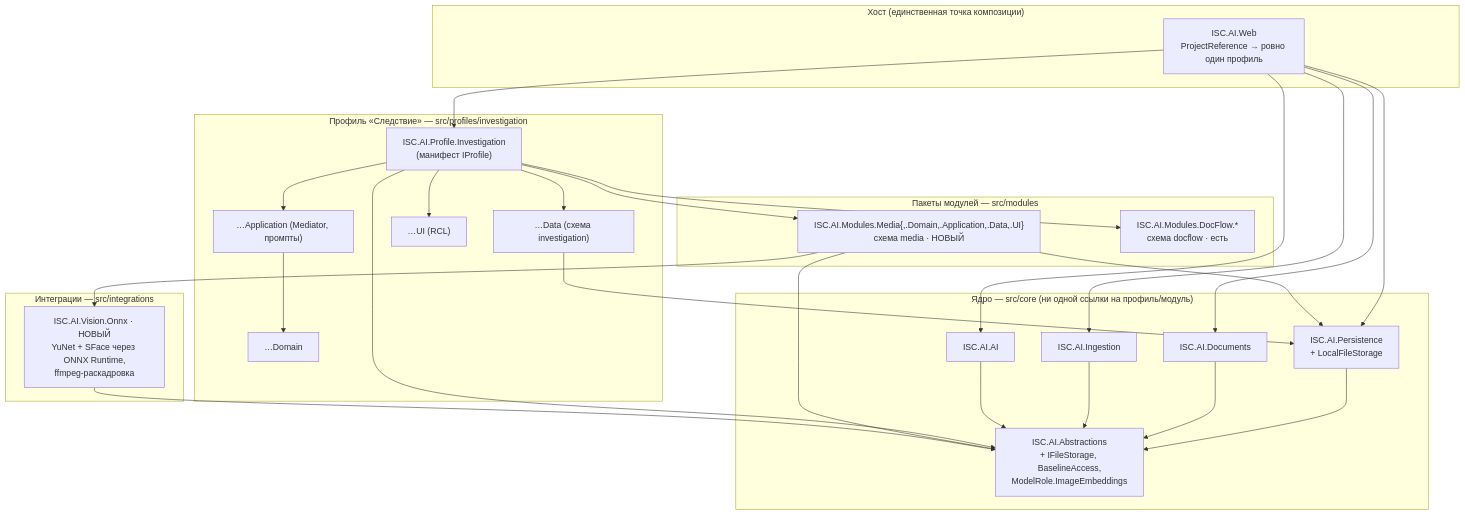
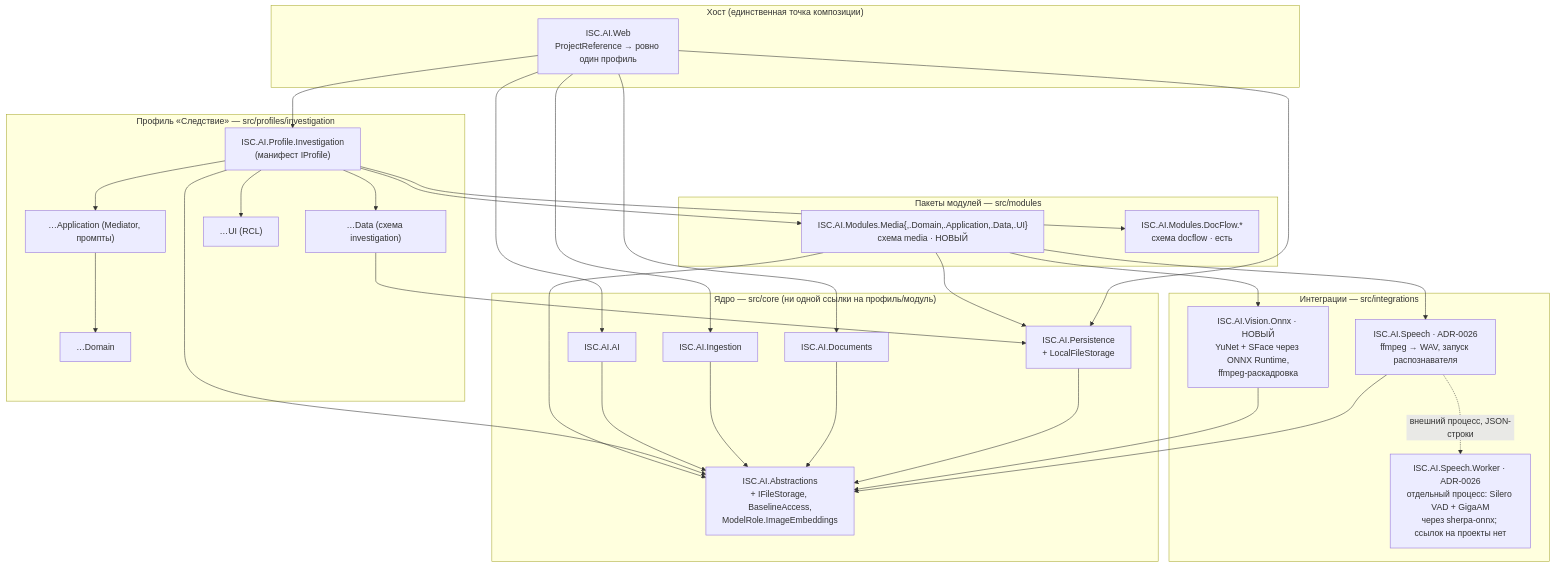
The first of 3 diagrams in docs/следствие/Архитектура_Следствие.md (damirovich/isa.ai), drawn with Mermaid before and after one commit. The commit also changed other lines of this file and 170 other files, not shown here.

````diff
--- a/docs/следствие/Архитектура_Следствие.md
+++ b/docs/следствие/Архитектура_Следствие.md
@@ -44,39 +44,44 @@
 ```mermaid
 flowchart TB
     subgraph host["Хост (единственная точка композиции)"]
         WEB["ISC.AI.Web<br/>ProjectReference → ровно один профиль"]
     end
     subgraph profile["Профиль «Следствие» — src/profiles/investigation"]
         PI["ISC.AI.Profile.Investigation<br/>(манифест IProfile)"]
         PIA["…Application (Mediator, промпты)"]
         PID["…Domain"]
         PIDATA["…Data (схема investigation)"]
         PIUI["…UI (RCL)"]
     end
     subgraph modules["Пакеты модулей — src/modules"]
         MED["ISC.AI.Modules.Media{,.Domain,.Application,.Data,.UI}<br/>схема media · НОВЫЙ"]
         DOC["ISC.AI.Modules.DocFlow.*<br/>схема docflow · есть"]
     end
     subgraph integ["Интеграции — src/integrations"]
         VIS["ISC.AI.Vision.Onnx · НОВЫЙ<br/>YuNet + SFace через ONNX Runtime,<br/>ffmpeg-раскадровка"]
+        SPE["ISC.AI.Speech · ADR-0026<br/>ffmpeg → WAV, запуск распознавателя"]
+        WRK["ISC.AI.Speech.Worker · ADR-0026<br/>отдельный процесс: Silero VAD + GigaAM<br/>через sherpa-onnx; ссылок на проекты нет"]
     end
     subgraph core["Ядро — src/core (ни одной ссылки на профиль/модуль)"]
         ABS["ISC.AI.Abstractions<br/>+ IFileStorage, BaselineAccess,<br/>ModelRole.ImageEmbeddings"]
         AI["ISC.AI.AI"]
         ING["ISC.AI.Ingestion"]
         DOCS["ISC.AI.Documents"]
         PERS["ISC.AI.Persistence<br/>+ LocalFileStorage"]
     end
     WEB --> PI
     PI --> PIA & PIDATA & PIUI
     PIA --> PID
     PI --> MED & DOC
     PIDATA --> PERS
     MED --> VIS
+    MED --> SPE
+    SPE -.->|"внешний процесс, JSON-строки"| WRK
     MED --> PERS
     VIS --> ABS
+    SPE --> ABS
     MED --> ABS
     PI --> ABS
     AI & ING & DOCS & PERS --> ABS
     WEB --> AI & ING & DOCS & PERS
 ```
````
